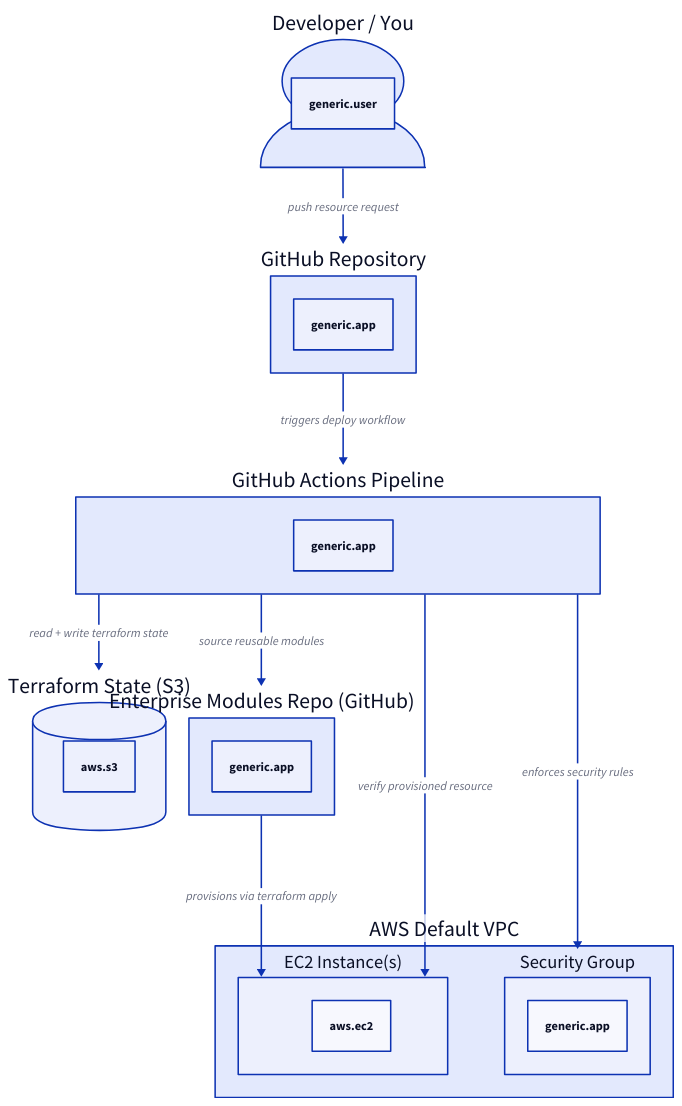
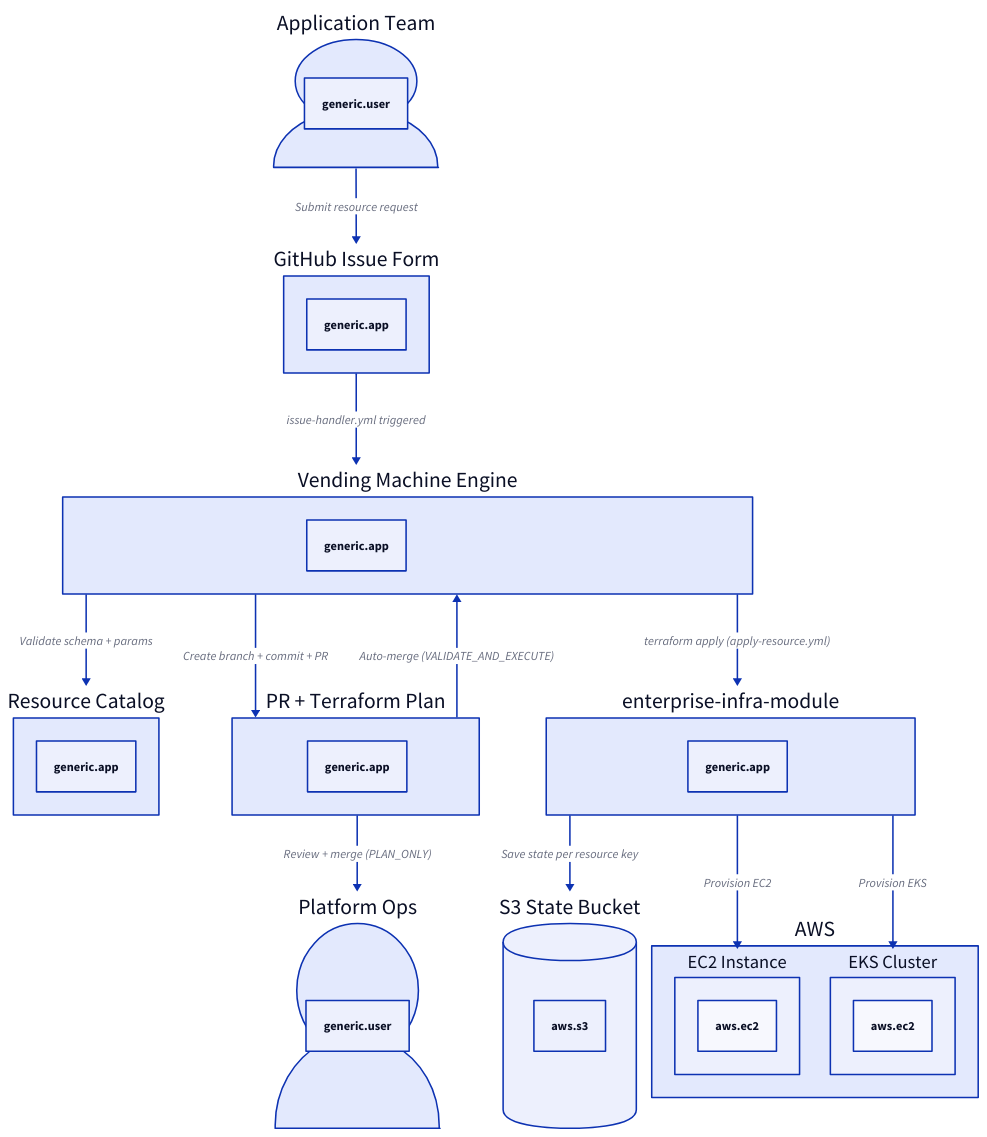
Before and after one commit to rafatusa/infra-vending-machine: the diagram in .udap/architecture.d2, drawn with D2. The commit also changed 22 other files, not shown here.

Commit message:
feat: universal vending machine — GitHub Issue intake, validate-resource + apply-resource workflows (UDAP Build change)

```diff
--- a/.udap/architecture.d2
+++ b/.udap/architecture.d2
@@ -1,19 +1,25 @@
 # udap:meta cloud=aws region=us-east-1 target=ec2
 
-developer: Developer / You { shape: person; udap-type: generic.user }
-github: GitHub Repository { shape: rectangle; udap-type: generic.app }
-pipeline: GitHub Actions Pipeline { shape: rectangle; udap-type: generic.app }
-state_bucket: Terraform State (S3) { shape: cylinder; udap-type: aws.s3 }
-modules_repo: Enterprise Modules Repo (GitHub) { shape: rectangle; udap-type: generic.app }
-vpc: AWS Default VPC {
-  ec2: EC2 Instance(s) { udap-type: aws.ec2 }
-  sg: Security Group { udap-type: generic.app }
+team: Application Team { shape: person; udap-type: generic.user }
+ops: Platform Ops { shape: person; udap-type: generic.user }
+issue: GitHub Issue Form { shape: rectangle; udap-type: generic.app }
+engine: Vending Machine Engine { shape: rectangle; udap-type: generic.app }
+catalog: Resource Catalog { shape: rectangle; udap-type: generic.app }
+pr: PR + Terraform Plan { shape: rectangle; udap-type: generic.app }
+state: S3 State Bucket { shape: cylinder; udap-type: aws.s3 }
+modules_repo: enterprise-infra-module { shape: rectangle; udap-type: generic.app }
+aws: AWS {
+  ec2: EC2 Instance { udap-type: aws.ec2 }
+  eks: EKS Cluster { udap-type: aws.ec2 }
 }
 
-developer -> github: push resource request
-github -> pipeline: triggers deploy workflow
-pipeline -> state_bucket: read + write terraform state
-pipeline -> modules_repo: source reusable modules
-modules_repo -> vpc.ec2: provisions via terraform apply
-pipeline -> vpc.sg: enforces security rules
-pipeline -> vpc.ec2: verify provisioned resource
+team -> issue: Submit resource request
+issue -> engine: issue-handler.yml triggered
+engine -> catalog: Validate schema + params
+engine -> pr: Create branch + commit + PR
+pr -> engine: Auto-merge (VALIDATE_AND_EXECUTE)
+pr -> ops: Review + merge (PLAN_ONLY)
+engine -> modules_repo: terraform apply (apply-resource.yml)
+modules_repo -> state: Save state per resource key
+modules_repo -> aws.ec2: Provision EC2
+modules_repo -> aws.eks: Provision EKS
```
